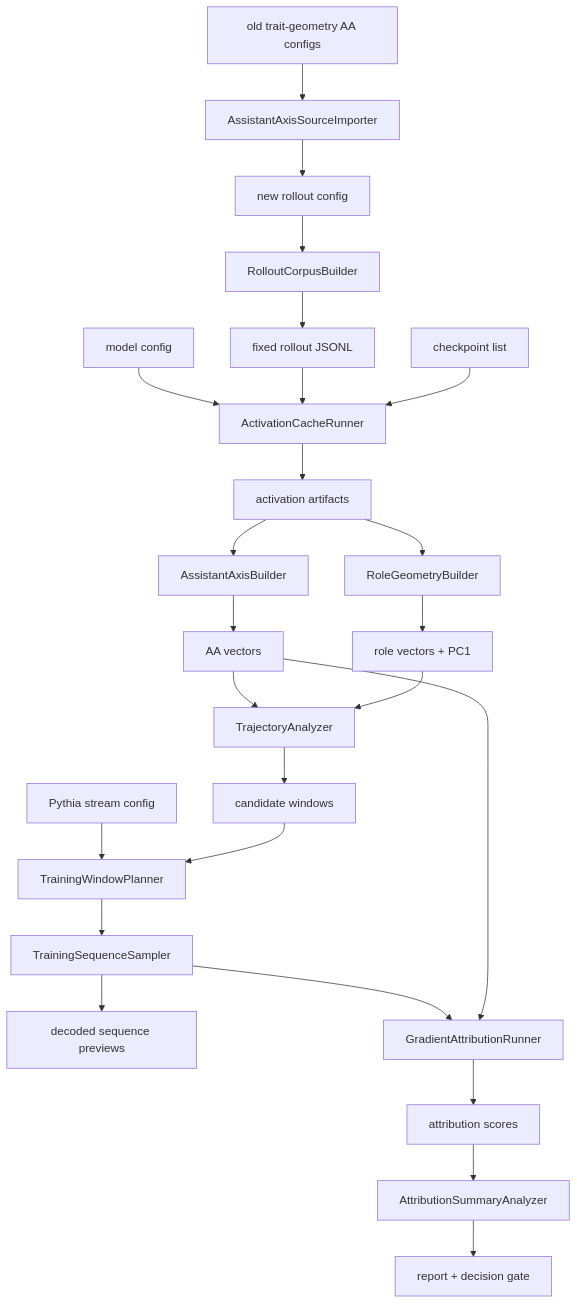
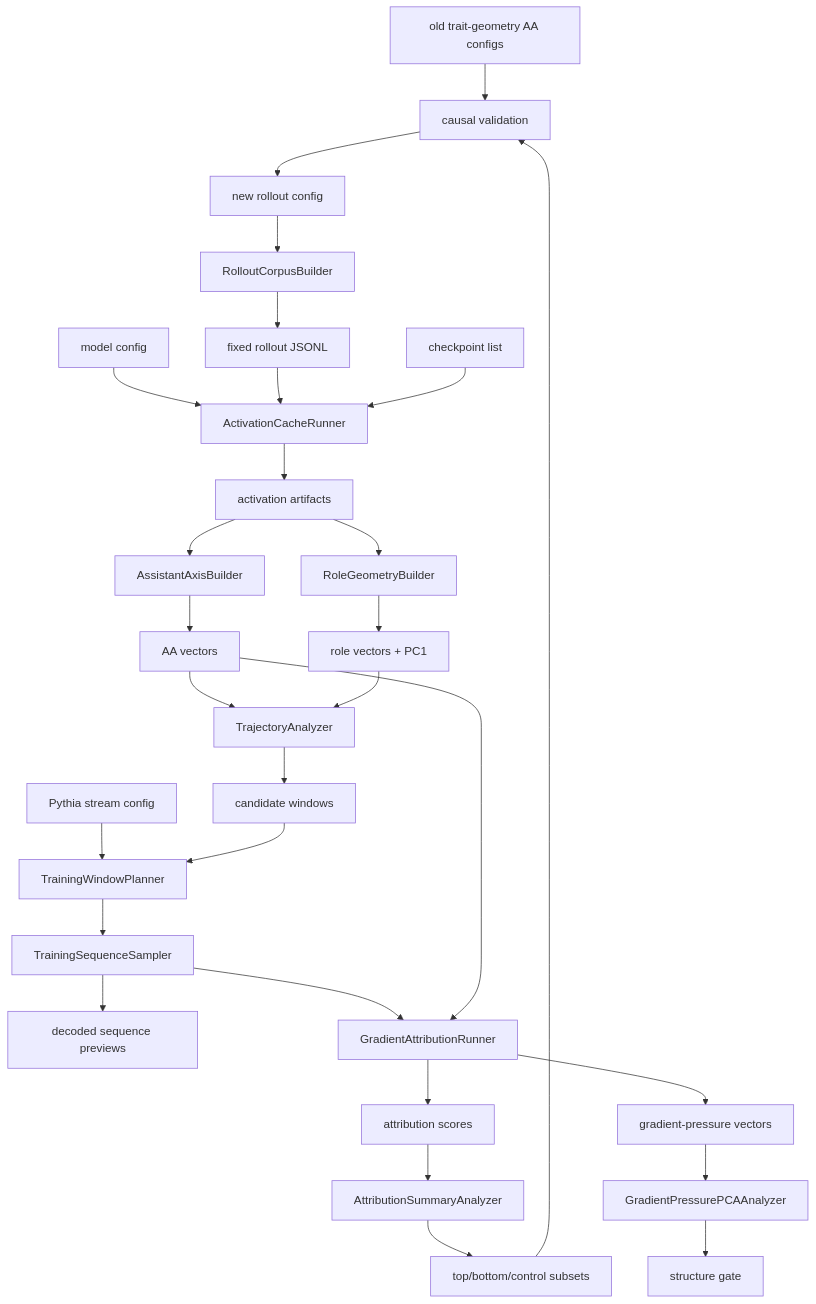
One commit to mahadikprasad15/assistant-axis-emergence-attribution changed the diagram in docs/design/repo_build_map.md. Above: the diagram before and after it, drawn with Mermaid. The commit also changed other lines of this file and 3 other files, not shown here.

````diff
--- a/docs/design/repo_build_map.md
+++ b/docs/design/repo_build_map.md
@@ -365,27 +377,31 @@
 ```mermaid
 flowchart TD
   Z["old trait-geometry AA configs"] --> Y["AssistantAxisSourceImporter"]
   Y --> A["new rollout config"]
   A --> B["RolloutCorpusBuilder"]
   B --> C["fixed rollout JSONL"]
   D["model config"] --> E["ActivationCacheRunner"]
   C --> E
   F["checkpoint list"] --> E
   E --> G["activation artifacts"]
   G --> H["AssistantAxisBuilder"]
   G --> I["RoleGeometryBuilder"]
   H --> J["AA vectors"]
   I --> K["role vectors + PC1"]
   J --> L["TrajectoryAnalyzer"]
   K --> L
   L --> M["candidate windows"]
   N["Pythia stream config"] --> O["TrainingWindowPlanner"]
   M --> O
   O --> P["TrainingSequenceSampler"]
   P --> U["decoded sequence previews"]
   P --> Q["GradientAttributionRunner"]
   J --> Q
   Q --> R["attribution scores"]
+  Q --> V["gradient-pressure vectors"]
+  V --> W["GradientPressurePCAAnalyzer"]
   R --> S["AttributionSummaryAnalyzer"]
-  S --> T["report + decision gate"]
+  W --> T["structure gate"]
+  S --> X["top/bottom/control subsets"]
+  X --> Y["causal validation"]
 ```
````
